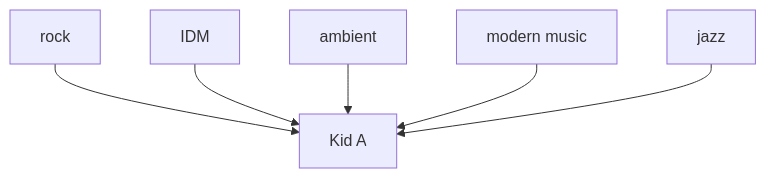
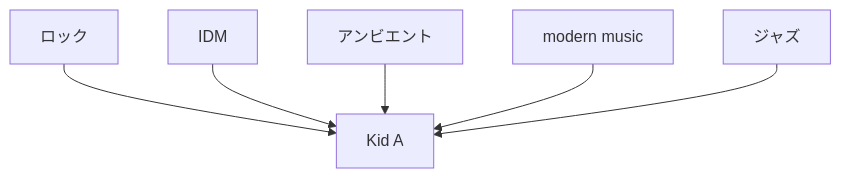
Diagram 15 of 20 in en/_posts/2026-07-02-column-influential-album-05.md (monumental-movement/monumental-movement.github.io), drawn with Mermaid before and after one commit. The commit also changed other lines of this file and 2196 other files, not shown here.

```diff
--- a/en/_posts/2026-07-02-column-influential-album-05.md
+++ b/en/_posts/2026-07-02-column-influential-album-05.md
@@ -1606,16 +1606,16 @@
 <div class="mermaid">
 flowchart TD
-A[rock]
+A[ロック]
 B[IDM]
-C[ambient]
+C[アンビエント]
 D[modern music]
-E[jazz]
+E[ジャズ]
 F[Kid A]
 
 A --> F
 B --> F
 C --> F
 D --> F
 E --> F
 
 </div>
```
